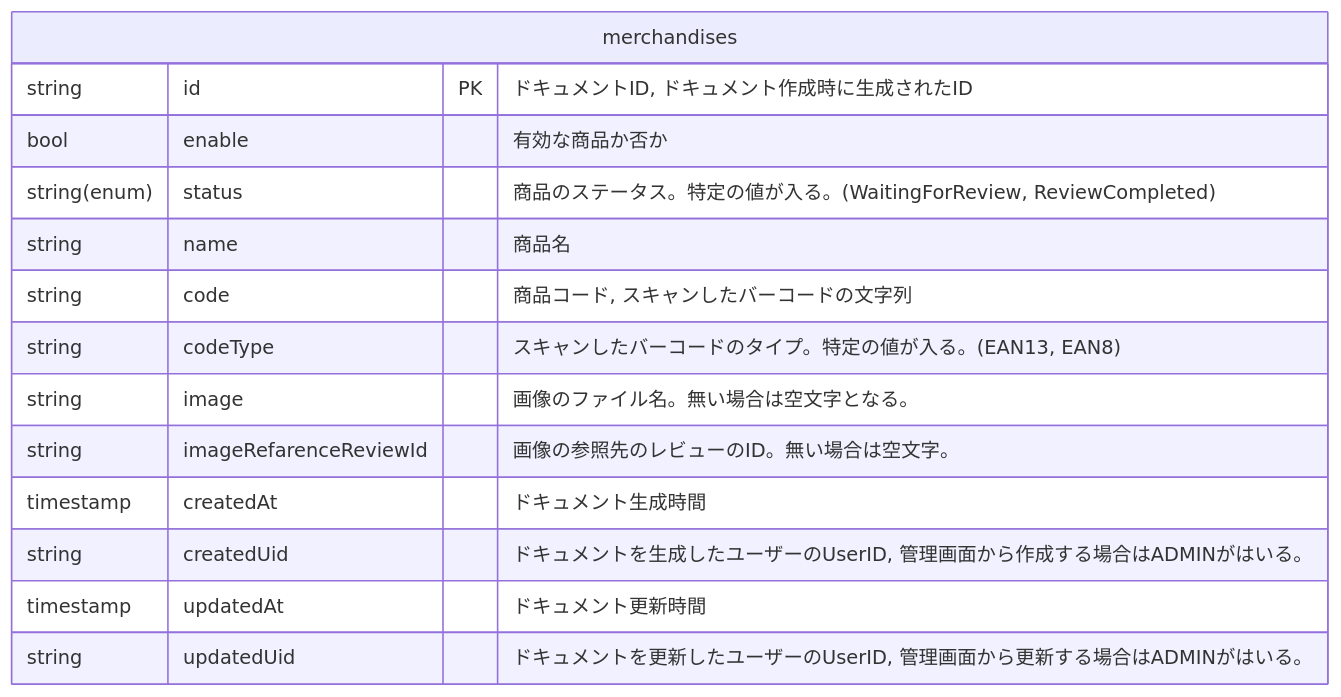
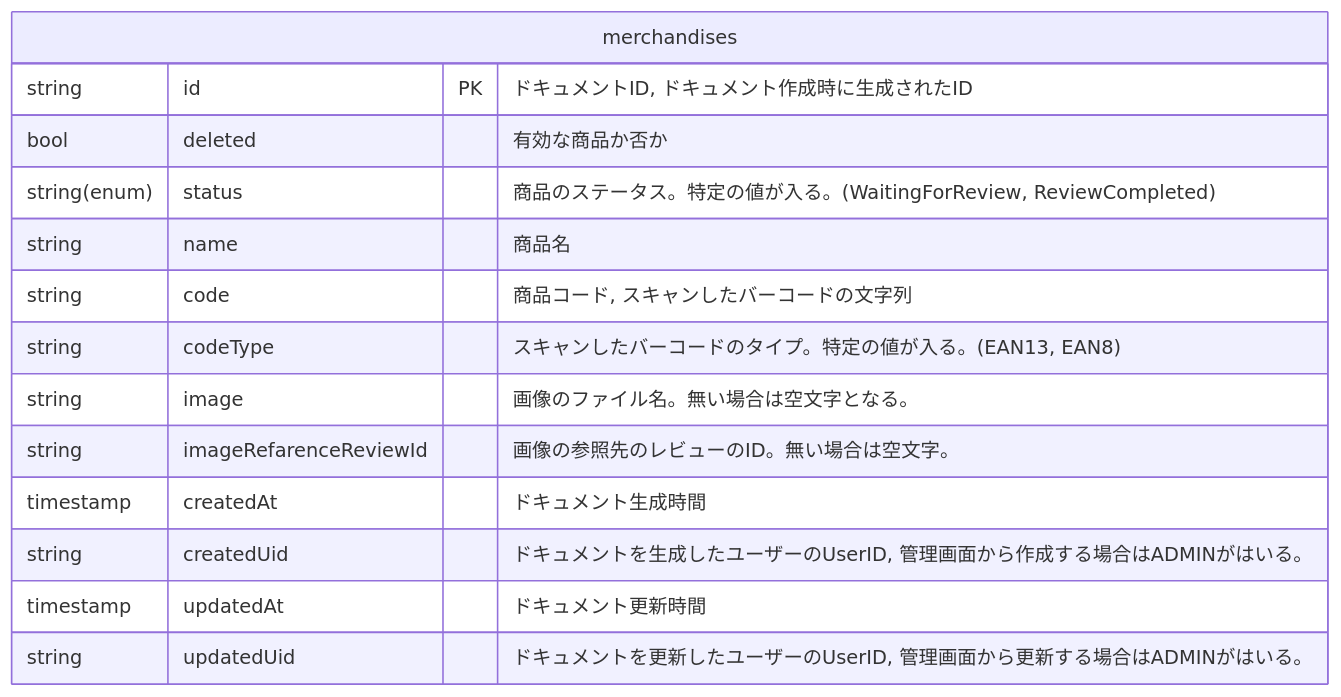
One commit to takoikatakotako/reviewers changed the third of 4 diagrams in documents/database.md. Above: the diagram before and after it, drawn with Mermaid. The commit also changed other lines of this file and 8 other files, not shown here.

````diff
--- a/documents/database.md
+++ b/documents/database.md
@@ -82,17 +82,17 @@
 ```mermaid
 erDiagram
   merchandises {
     string id PK "ドキュメントID, ドキュメント作成時に生成されたID"
-    bool enable "有効な商品か否か"
+    bool deleted "有効な商品か否か"
     string(enum) status "商品のステータス。特定の値が入る。(WaitingForReview, ReviewCompleted)"
     string name "商品名"
     string code "商品コード, スキャンしたバーコードの文字列"
     string codeType "スキャンしたバーコードのタイプ。特定の値が入る。(EAN13, EAN8)"
     string image "画像のファイル名。無い場合は空文字となる。"
     string imageRefarenceReviewId "画像の参照先のレビューのID。無い場合は空文字。"
     timestamp createdAt "ドキュメント生成時間"
     string createdUid "ドキュメントを生成したユーザーのUserID, 管理画面から作成する場合はADMINがはいる。"
     timestamp updatedAt "ドキュメント更新時間"
     string updatedUid "ドキュメントを更新したユーザーのUserID, 管理画面から更新する場合はADMINがはいる。"
-}
+  }
 ```
````
